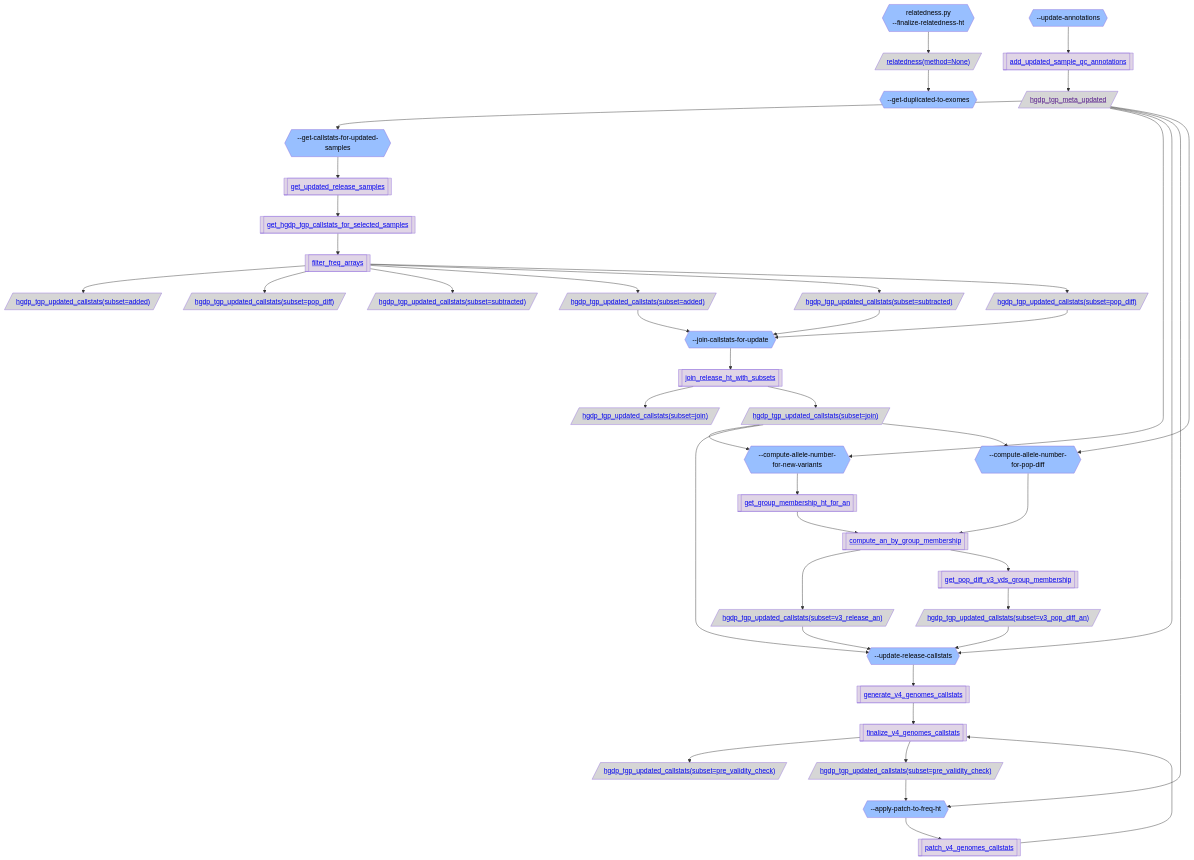
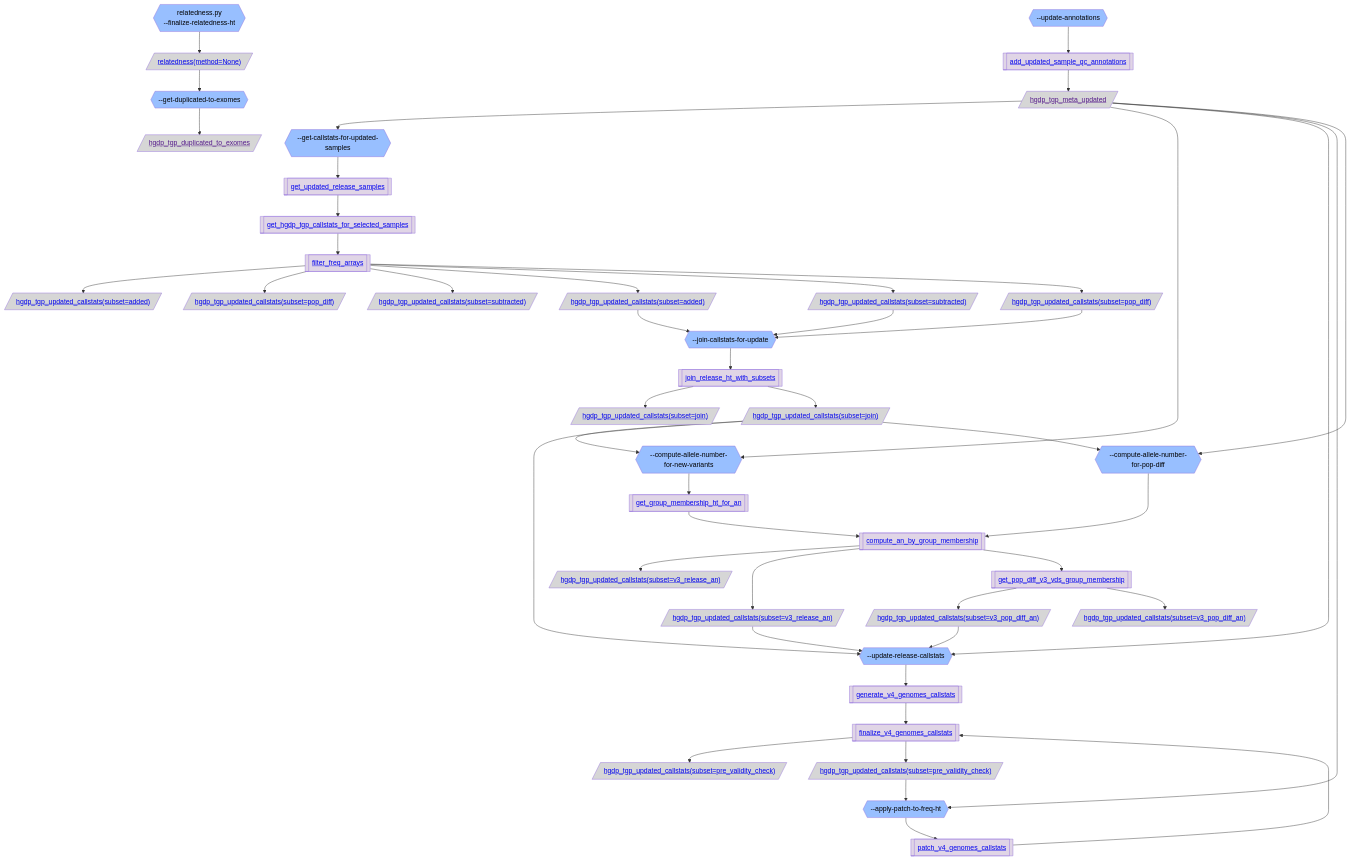
One commit to broadinstitute/gnomad_qc changed the fourth of 5 diagrams in gnomad_qc/v4/annotations/README.md. Above: the diagram before and after it, drawn with Mermaid. The commit also changed other lines of this file and 3 other files, not shown here.

````diff
--- a/gnomad_qc/v4/annotations/README.md
+++ b/gnomad_qc/v4/annotations/README.md
@@ -234,6 +247,7 @@
 --finalize-relatedness-ht"}}:::step_color;
   resource_relatedness_method_None[/"<a href='https://github.com/broadinstitute/gnomad_qc/tree/main/gnomad_qc/v4/resources/sample_qc.py#L473'>relatedness(method=None)</a>"/]:::resource_color;
   step_get_duplicated_to_exomes{{"--get-duplicated-to-exomes"}}:::step_color;
+  hgdp_tgp_duplicated_to_exomes[/"<a href=''>hgdp_tgp_duplicated_to_exomes</a>"/]:::resource_color;
   step_update_annotations{{"--update-annotations"}}:::step_color;
   func_add_updated_sample_qc_annotations[["<a href='https://github.com/broadinstitute/gnomad_qc/tree/main/gnomad_qc/v4/annotations/generate_freq_genomes.py#L253'>add_updated_sample_qc_annotations</a>"]]:::func_color;
   resource_hgdp_tgp_meta_updated[/"<a href=''>hgdp_tgp_meta_updated</a>"/]:::resource_color;
@@ -253,6 +267,7 @@
   step_compute_allele_number_for_new_variants{{"--compute-allele-number-for-new-variants"}}:::step_color;
   func_get_group_membership_ht_for_an[["<a href='https://github.com/broadinstitute/gnomad_qc/tree/main/gnomad_qc/v4/annotations/generate_freq_genomes.py#L688'>get_group_membership_ht_for_an</a>"]]:::func_color;
   func_compute_an_by_group_membership[["<a href='https://github.com/broadinstitute/gnomad_qc/tree/main/gnomad_qc/v4/annotations/generate_freq_genomes.py#L814'>compute_an_by_group_membership</a>"]]:::func_color;
+  hgdp_tgp_updated_callstats_subset_v3_release_an[/"<a href='https://github.com/broadinstitute/gnomad_qc/tree/main/gnomad_qc/v4/resources/annotations.py#L441'>hgdp_tgp_updated_callstats(subset=v3_release_an)</a>"/]:::resource_color;
   resource_hgdp_tgp_updated_callstats_subset_join[/"<a href='https://github.com/broadinstitute/gnomad_qc/tree/main/gnomad_qc/v4/resources/annotations.py#L441'>hgdp_tgp_updated_callstats(subset=join)</a>"/]:::resource_color;
   step_update_release_callstats{{"--update-release-callstats"}}:::step_color;
   func_generate_v4_genomes_callstats[["<a href='https://github.com/broadinstitute/gnomad_qc/tree/main/gnomad_qc/v4/annotations/generate_freq_genomes.py#L948'>generate_v4_genomes_callstats</a>"]]:::func_color;
@@ -265,8 +280,10 @@
   step_apply_patch_to_freq_ht{{"--apply-patch-to-freq-ht"}}:::step_color;
   func_patch_v4_genomes_callstats[["<a href='https://github.com/broadinstitute/gnomad_qc/tree/main/gnomad_qc/v4/annotations/generate_freq_genomes.py#L1259'>patch_v4_genomes_callstats</a>"]]:::func_color;
   resource_hgdp_tgp_updated_callstats_subset_pre_validity_check[/"<a href='https://github.com/broadinstitute/gnomad_qc/tree/main/gnomad_qc/v4/resources/annotations.py#L441'>hgdp_tgp_updated_callstats(subset=pre_validity_check)</a>"/]:::resource_color;
+  hgdp_tgp_updated_callstats_subset_v3_pop_diff_an[/"<a href='https://github.com/broadinstitute/gnomad_qc/tree/main/gnomad_qc/v4/resources/annotations.py#L441'>hgdp_tgp_updated_callstats(subset=v3_pop_diff_an)</a>"/]:::resource_color;
   step_finalize_relatedness_ht --> resource_relatedness_method_None;
   resource_relatedness_method_None --> step_get_duplicated_to_exomes;
+  step_get_duplicated_to_exomes --> hgdp_tgp_duplicated_to_exomes;
   step_update_annotations --> func_add_updated_sample_qc_annotations;
   func_add_updated_sample_qc_annotations --> resource_hgdp_tgp_meta_updated;
   resource_hgdp_tgp_meta_updated --> step_get_callstats_for_updated_samples;
@@ -287,6 +304,7 @@
   resource_hgdp_tgp_meta_updated --> step_compute_allele_number_for_new_variants;
   step_compute_allele_number_for_new_variants --> func_get_group_membership_ht_for_an;
   func_get_group_membership_ht_for_an --> func_compute_an_by_group_membership;
+  func_compute_an_by_group_membership --> hgdp_tgp_updated_callstats_subset_v3_release_an;
   func_join_release_ht_with_subsets --> resource_hgdp_tgp_updated_callstats_subset_join;
   resource_hgdp_tgp_updated_callstats_subset_join --> step_compute_allele_number_for_new_variants;
   resource_hgdp_tgp_meta_updated --> step_update_release_callstats;
@@ -306,5 +324,6 @@
   func_finalize_v4_genomes_callstats --> resource_hgdp_tgp_updated_callstats_subset_pre_validity_check;
   resource_hgdp_tgp_updated_callstats_subset_pre_validity_check --> step_apply_patch_to_freq_ht;
   resource_hgdp_tgp_meta_updated --> step_compute_allele_number_for_pop_diff;
+  func_get_pop_diff_v3_vds_group_membership --> hgdp_tgp_updated_callstats_subset_v3_pop_diff_an;
   resource_hgdp_tgp_updated_callstats_subset_join --> step_compute_allele_number_for_pop_diff;
 ```
````
